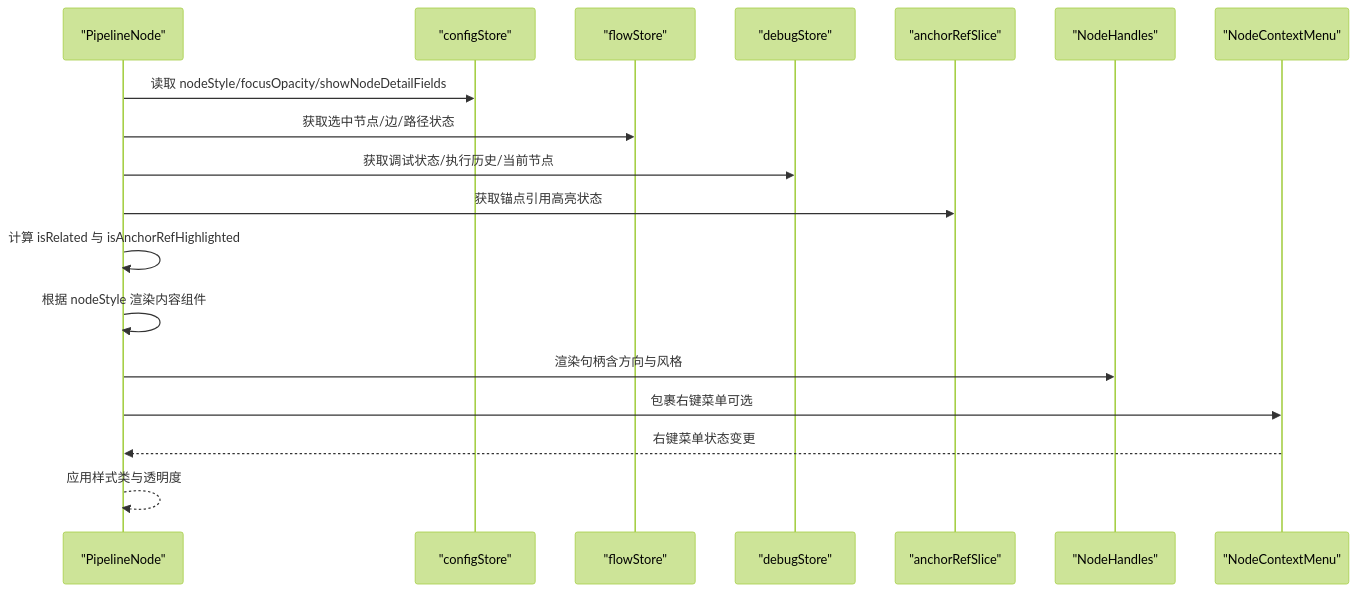
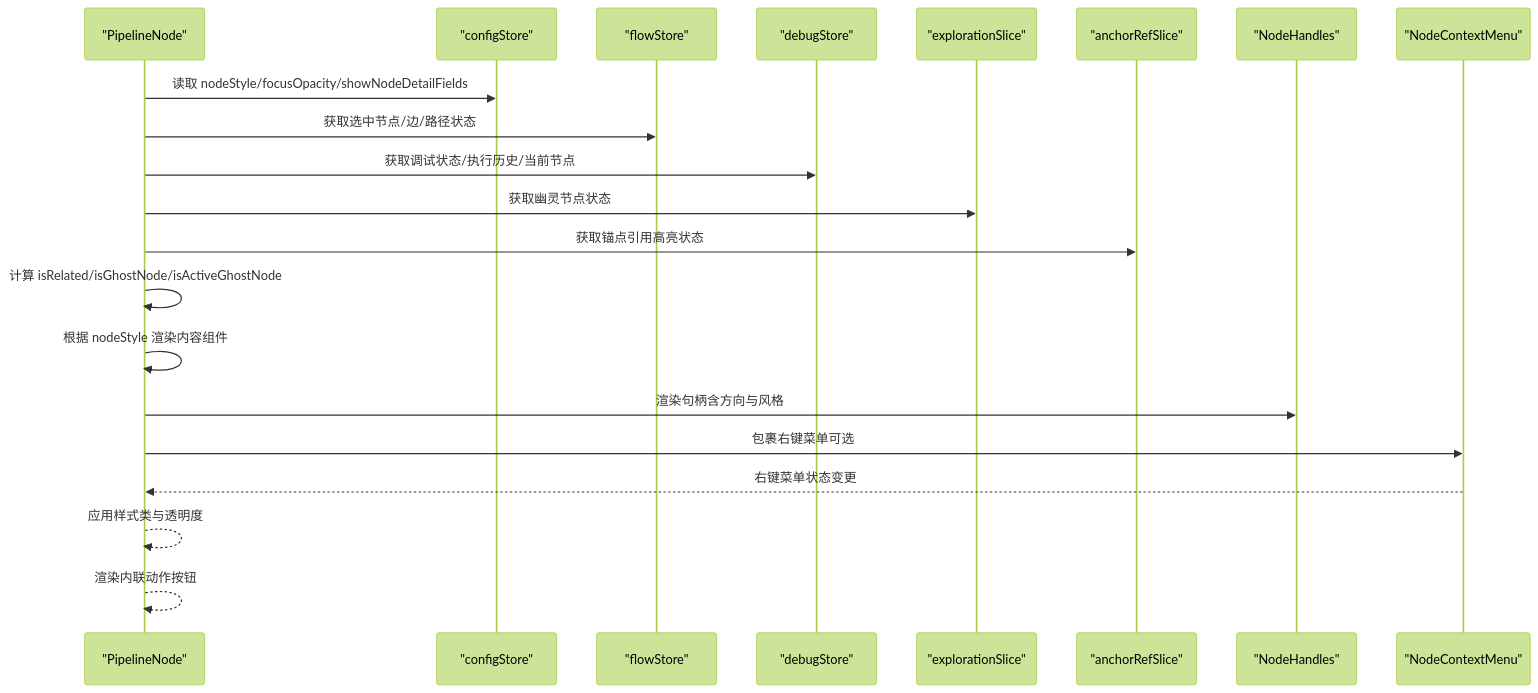
The second of 11 diagrams in .qoder/repowiki/zh/content/核心概念/节点系统/Pipeline节点.md (kqcoxn/MaaPipelineEditor), drawn with Mermaid (forest theme) before and after one commit. The commit also changed other lines of this file and 8 other files, not shown here.

````diff
--- a/.qoder/repowiki/zh/content/核心概念/节点系统/Pipeline节点.md
+++ b/.qoder/repowiki/zh/content/核心概念/节点系统/Pipeline节点.md
@@ -142,20 +155,23 @@
 ```mermaid
 sequenceDiagram
 participant UI as "PipelineNode"
 participant CFG as "configStore"
 participant FLOW as "flowStore"
 participant DBG as "debugStore"
+participant ES as "explorationSlice"
 participant ARS as "anchorRefSlice"
 participant H as "NodeHandles"
 participant CM as "NodeContextMenu"
 UI->>CFG : 读取 nodeStyle/focusOpacity/showNodeDetailFields
 UI->>FLOW : 获取选中节点/边/路径状态
 UI->>DBG : 获取调试状态/执行历史/当前节点
+UI->>ES : 获取幽灵节点状态
 UI->>ARS : 获取锚点引用高亮状态
-UI->>UI : 计算 isRelated 与 isAnchorRefHighlighted
+UI->>UI : 计算 isRelated/isGhostNode/isActiveGhostNode
 UI->>UI : 根据 nodeStyle 渲染内容组件
 UI->>H : 渲染句柄含方向与风格
 UI->>CM : 包裹右键菜单可选
 CM-->>UI : 右键菜单状态变更
 UI-->>UI : 应用样式类与透明度
+UI-->>UI : 渲染内联动作按钮
 ```
````
